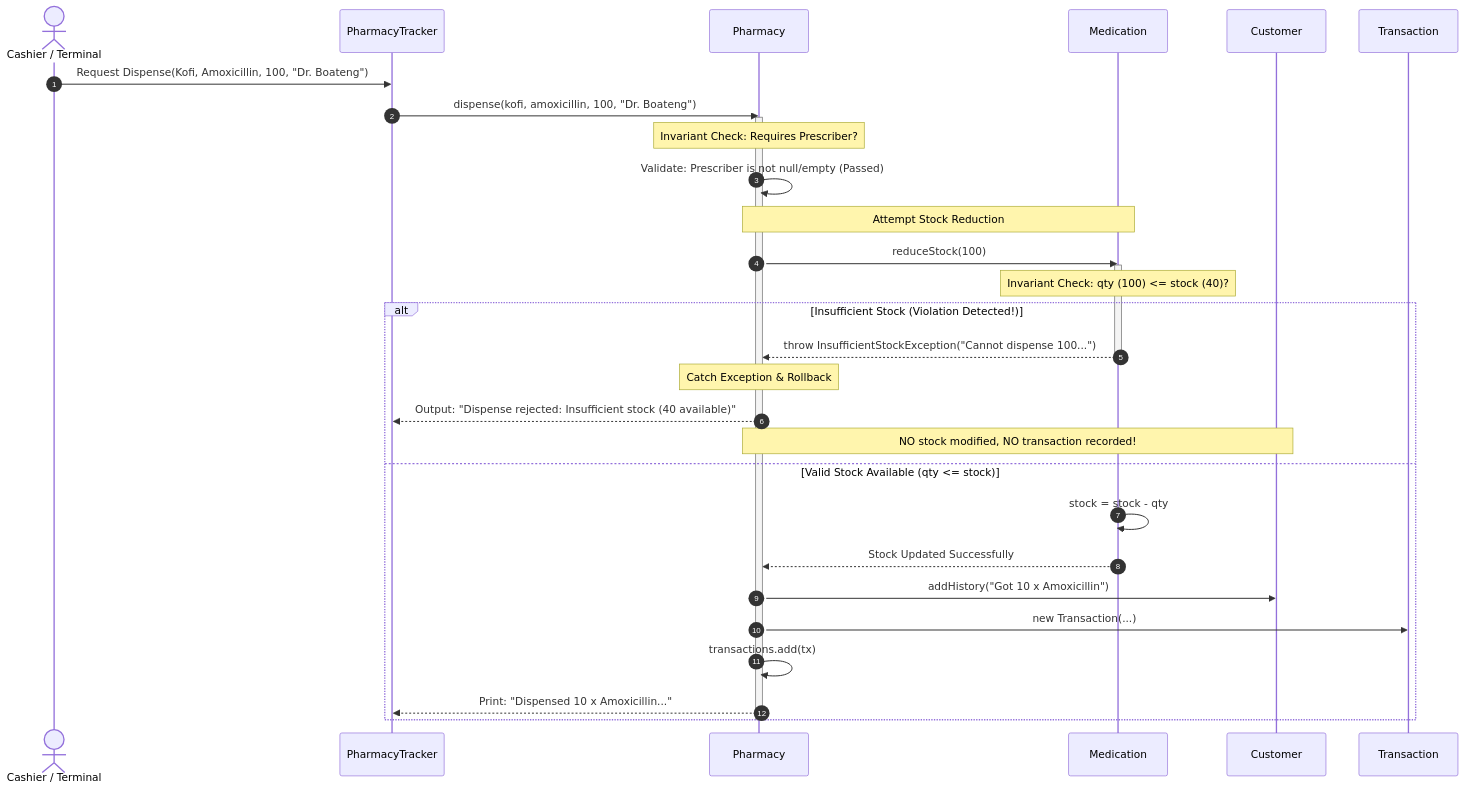
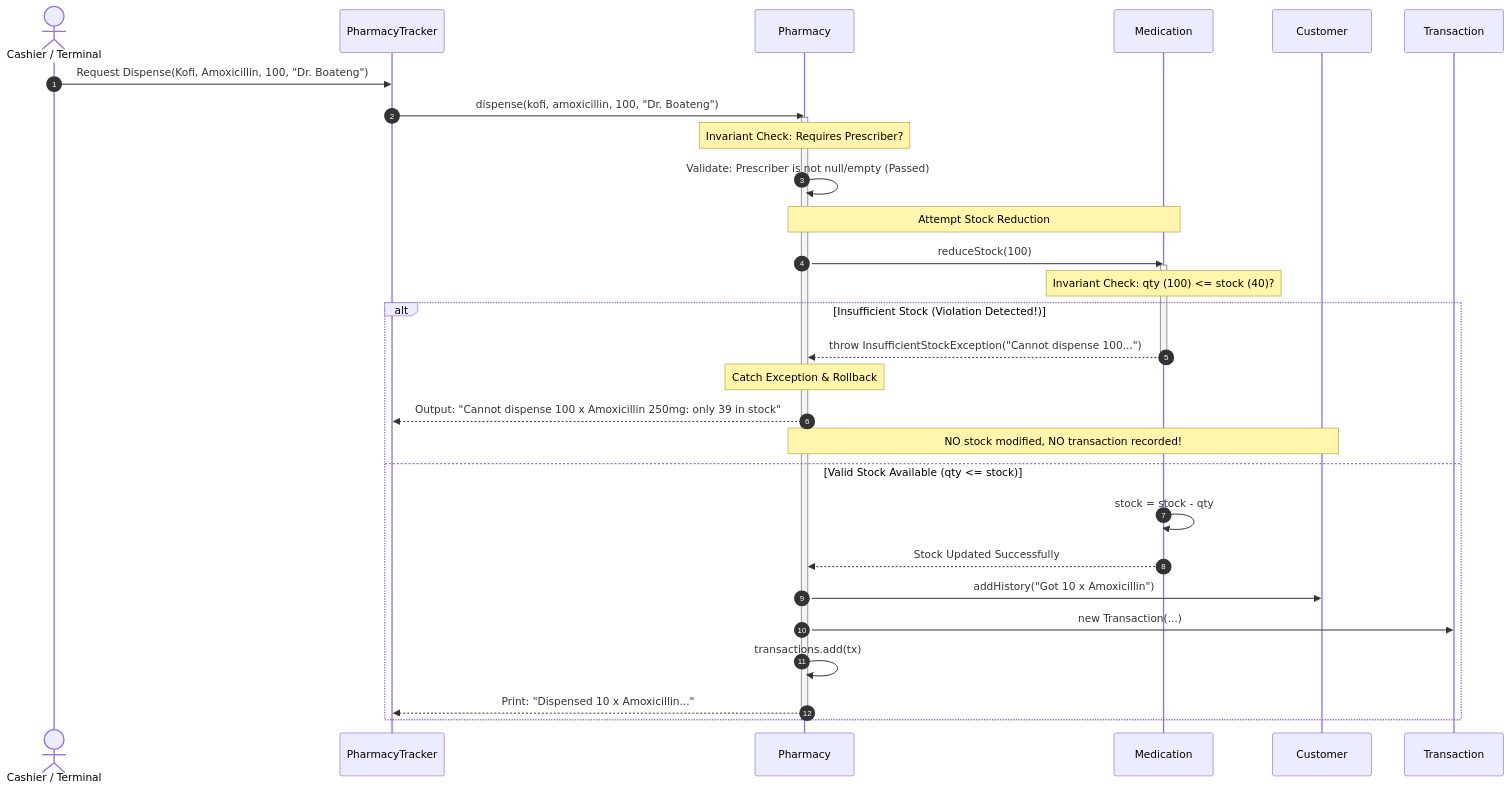
The second of 2 diagrams in DIAGNOSIS.md (MosesArthur799/java-basics-a-akosuas-pharmacy-final), drawn with Mermaid before and after one commit. The commit also changed other lines of this file, not shown here.

````diff
--- a/DIAGNOSIS.md
+++ b/DIAGNOSIS.md
@@ -210,38 +301,38 @@
 ```mermaid
 sequenceDiagram
     autonumber
     actor Cashier as Cashier / Terminal
     participant PT as PharmacyTracker
     participant P as Pharmacy
     participant M as Medication
     participant C as Customer
     participant T as Transaction
 
     Cashier->>PT: Request Dispense(Kofi, Amoxicillin, 100, "Dr. Boateng")
     PT->>P: dispense(kofi, amoxicillin, 100, "Dr. Boateng")
     
     activate P
     Note over P: Invariant Check: Requires Prescriber?
     P->>P: Validate: Prescriber is not null/empty (Passed)
 
     Note over P,M: Attempt Stock Reduction
     P->>M: reduceStock(100)
     activate M
     Note over M: Invariant Check: qty (100) <= stock (40)?
     
     alt Insufficient Stock (Violation Detected!)
         M-->>P: throw InsufficientStockException("Cannot dispense 100...")
         deactivate M
         Note over P: Catch Exception & Rollback
-        P-->>PT: Output: "Dispense rejected: Insufficient stock (40 available)"
+        P-->>PT: Output: "Cannot dispense 100 x Amoxicillin 250mg: only 39 in stock"
         Note over P,C: NO stock modified, NO transaction recorded!
     else Valid Stock Available (qty <= stock)
         M->>M: stock = stock - qty
         M-->>P: Stock Updated Successfully
         P->>C: addHistory("Got 10 x Amoxicillin")
         P->>T: new Transaction(...)
         P->>P: transactions.add(tx)
         P-->>PT: Print: "Dispensed 10 x Amoxicillin..."
     end
     deactivate P
 ```
````
